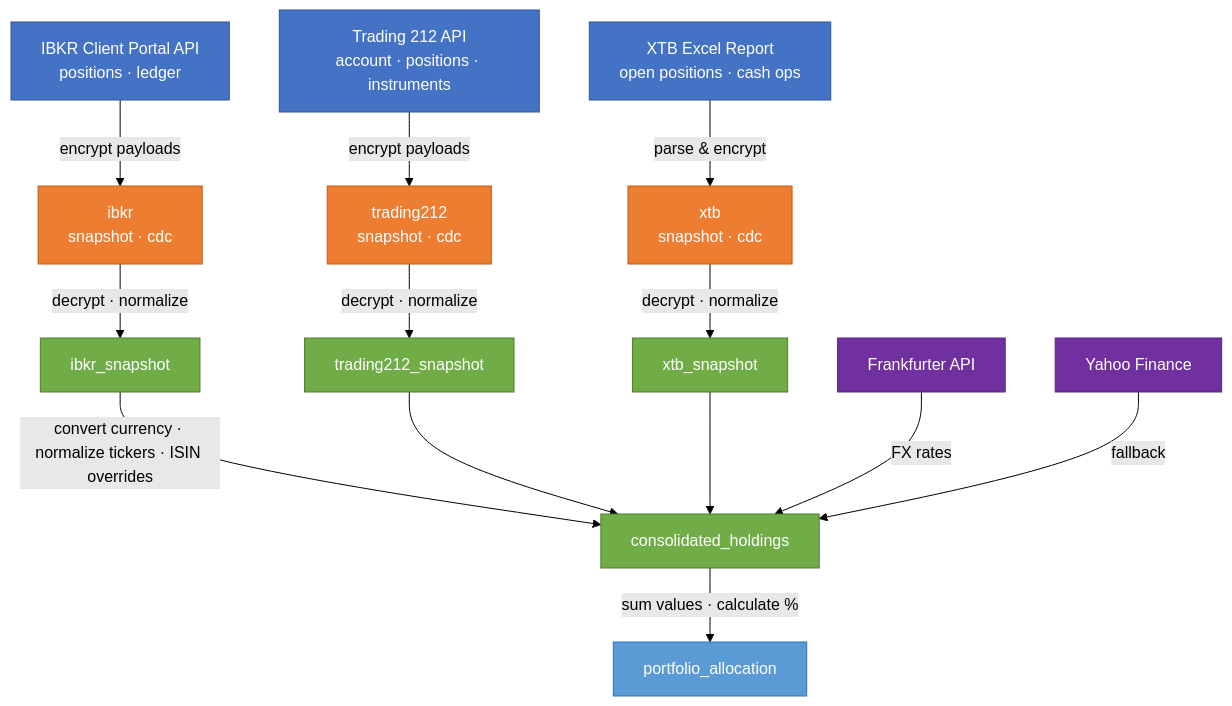
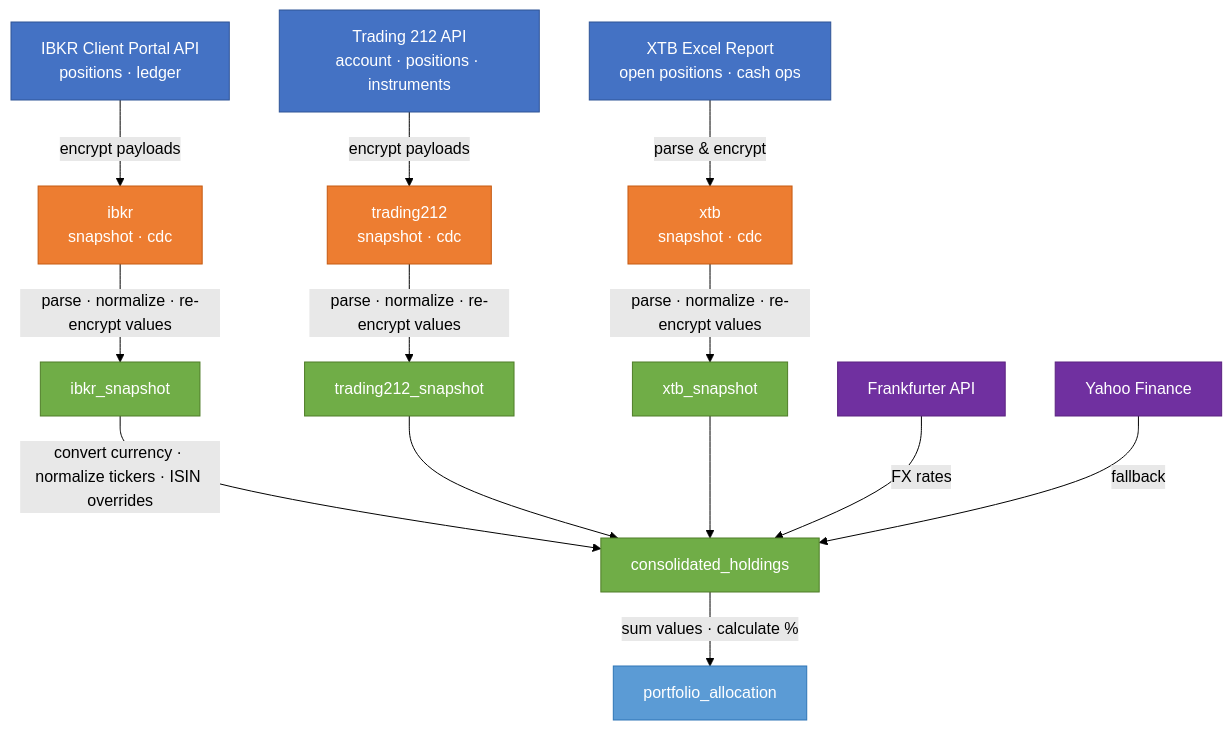
One commit to vp-1591/financial-portfolio-lakehouse changed the diagram in README.md. Above: the diagram before and after it, drawn with Mermaid (forest theme). The commit also changed other lines of this file and 29 other files, not shown here.

````diff
--- a/README.md
+++ b/README.md
@@ -204,29 +204,29 @@
 ```mermaid
 flowchart TD
     classDef source fill:#4472c4,stroke:#2f5496,color:#fff
     classDef raw fill:#ed7d31,stroke:#c55a11,color:#fff
     classDef norm fill:#70ad47,stroke:#4f7d28,color:#fff
     classDef fx fill:#7030a0,stroke:#5b2280,color:#fff
     classDef analytics fill:#5b9bd5,stroke:#2e75b6,color:#fff
 
     IBKR["IBKR Client Portal API<br/>positions · ledger"]:::source
     T212["Trading 212 API<br/>account · positions · instruments"]:::source
     XTB["XTB Excel Report<br/>open positions · cash ops"]:::source
 
     IBKR -->|"encrypt payloads"| RS["ibkr<br/>snapshot · cdc"]:::raw
     T212 -->|"encrypt payloads"| RT["trading212<br/>snapshot · cdc"]:::raw
     XTB -->|"parse & encrypt"| RX["xtb<br/>snapshot · cdc"]:::raw
 
-    RS -->|"decrypt · normalize"| NS["ibkr_snapshot"]:::norm
-    RT -->|"decrypt · normalize"| NT["trading212_snapshot"]:::norm
-    RX -->|"decrypt · normalize"| NX["xtb_snapshot"]:::norm
+    RS -->|"parse · normalize · re-encrypt values"| NS["ibkr_snapshot"]:::norm
+    RT -->|"parse · normalize · re-encrypt values"| NT["trading212_snapshot"]:::norm
+    RX -->|"parse · normalize · re-encrypt values"| NX["xtb_snapshot"]:::norm
 
     NS -->|"convert currency · normalize tickers · ISIN overrides"| CH["consolidated_holdings"]:::norm
     NT --> CH
     NX --> CH
 
     FX1["Frankfurter API"]:::fx -->|"FX rates"| CH
     FX2["Yahoo Finance"]:::fx -->|"fallback"| CH
 
     CH -->|"sum values · calculate %"| PA["portfolio_allocation"]:::analytics
 ```
````
